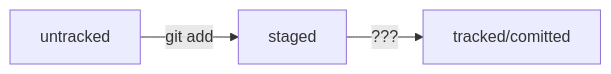
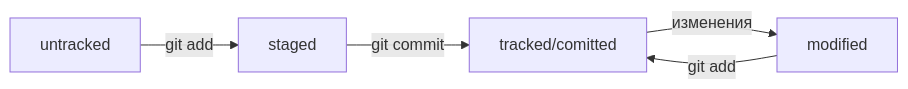
One commit to ineedkodeforlife/git_help changed the diagram in readme.md. Above: the diagram before and after it, drawn with Mermaid.

Commit message:
add scheme

````diff
--- a/readme.md
+++ b/readme.md
@@ -36,5 +36,7 @@
 ```mermaid
 graph LR;
   untracked -- "git add" --> staged;
-  staged    -- "???"     --> tracked/comitted;
+  staged    -- "git commit"     --> tracked/comitted;
+  tracked/comitted    -- "изменения"  --> modified;
+  modified -- "git add" --> tracked/comitted;	
 ```
````
